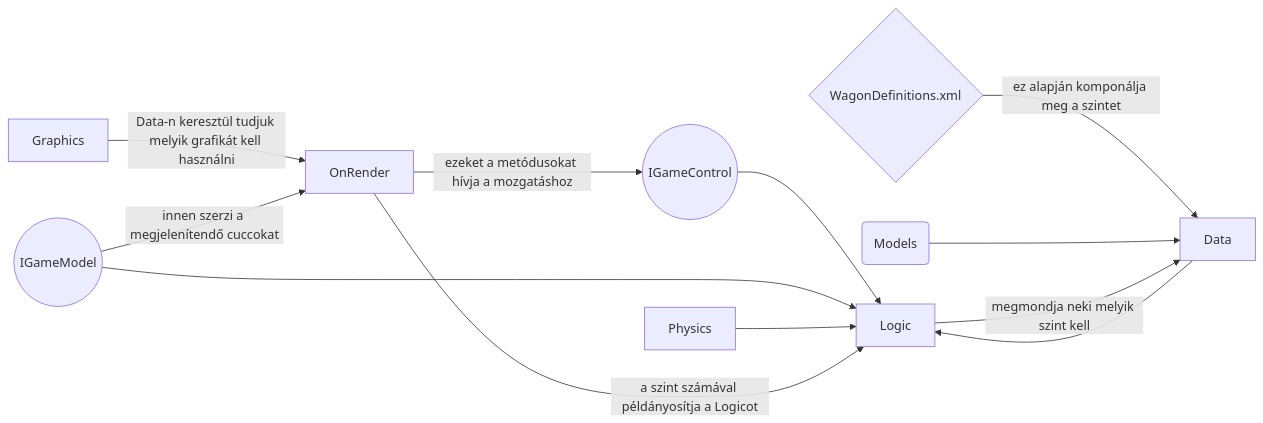
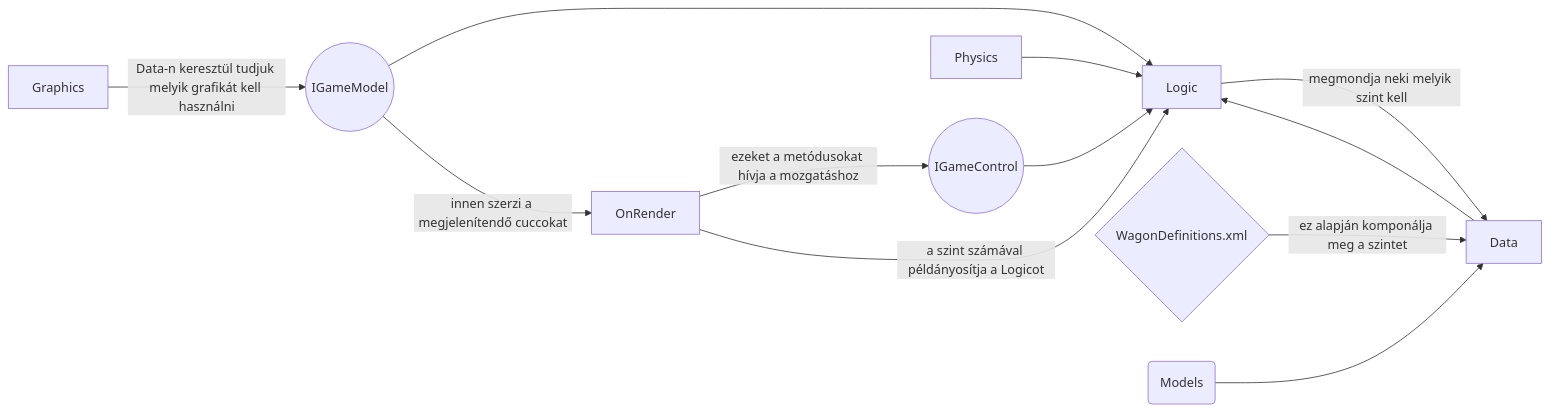
One commit to SteveBrownJr/GUI_20212202_DYHVN3 changed the diagram in README.md. Above: the diagram before and after it, drawn with Mermaid.

````diff
--- a/README.md
+++ b/README.md
@@ -5,14 +5,14 @@
 ```mermaid
 graph LR
-Graphics[Graphics] -- Data-n keresztül tudjuk melyik grafikát kell használni --> OnRender
+Graphics[Graphics] -- Data-n keresztül tudjuk melyik grafikát kell használni --> IGameModel
 Data[Data] --> Logic[Logic]
 WagonDefinitions.xml{WagonDefinitions.xml} -- ez alapján komponálja meg a szintet --> Data
 Models(Models) --> Data
 IGameControl((IGameControl)) --> Logic
 OnRender -- ezeket a metódusokat hívja a mozgatáshoz --> IGameControl
 Logic -- megmondja neki melyik szint kell --> Data
 IGameModel((IGameModel)) --> Logic
 Physics[Physics] --> Logic
 IGameModel -- innen szerzi a megjelenítendő cuccokat--> OnRender
 OnRender -- a szint számával példányosítja a Logicot --> Logic
 ```
````
